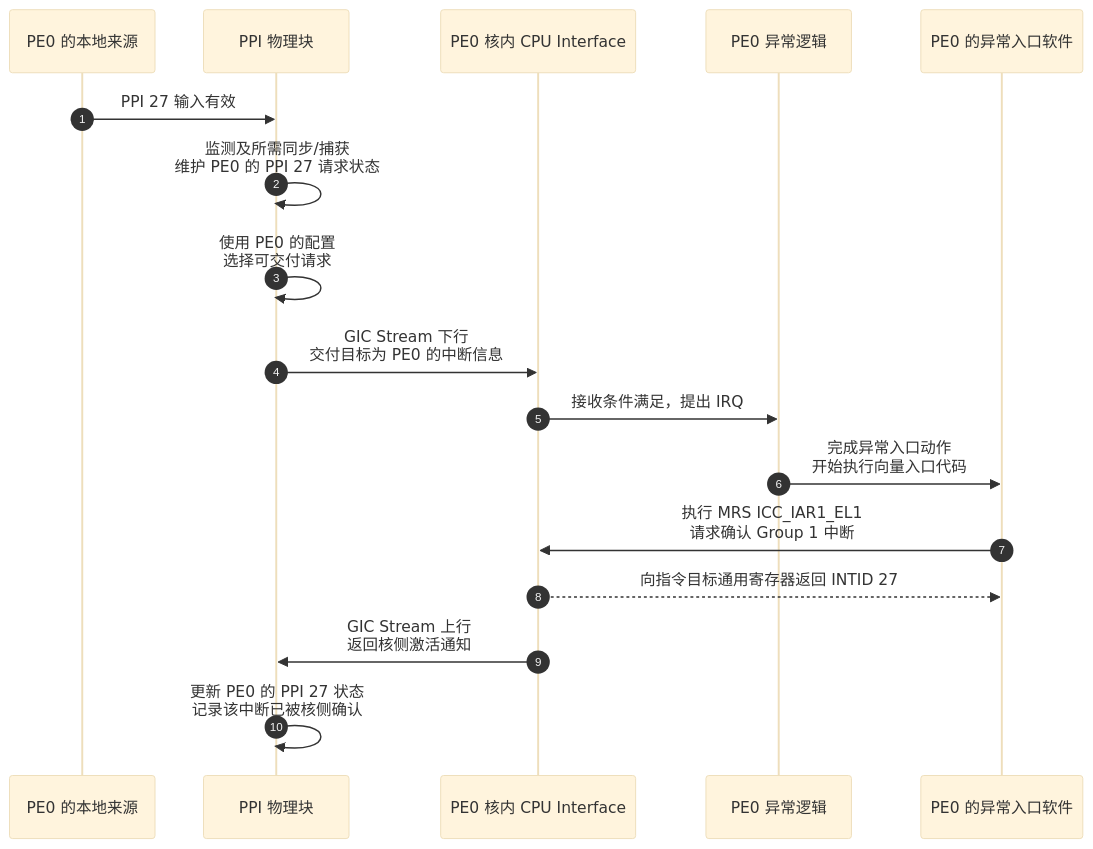
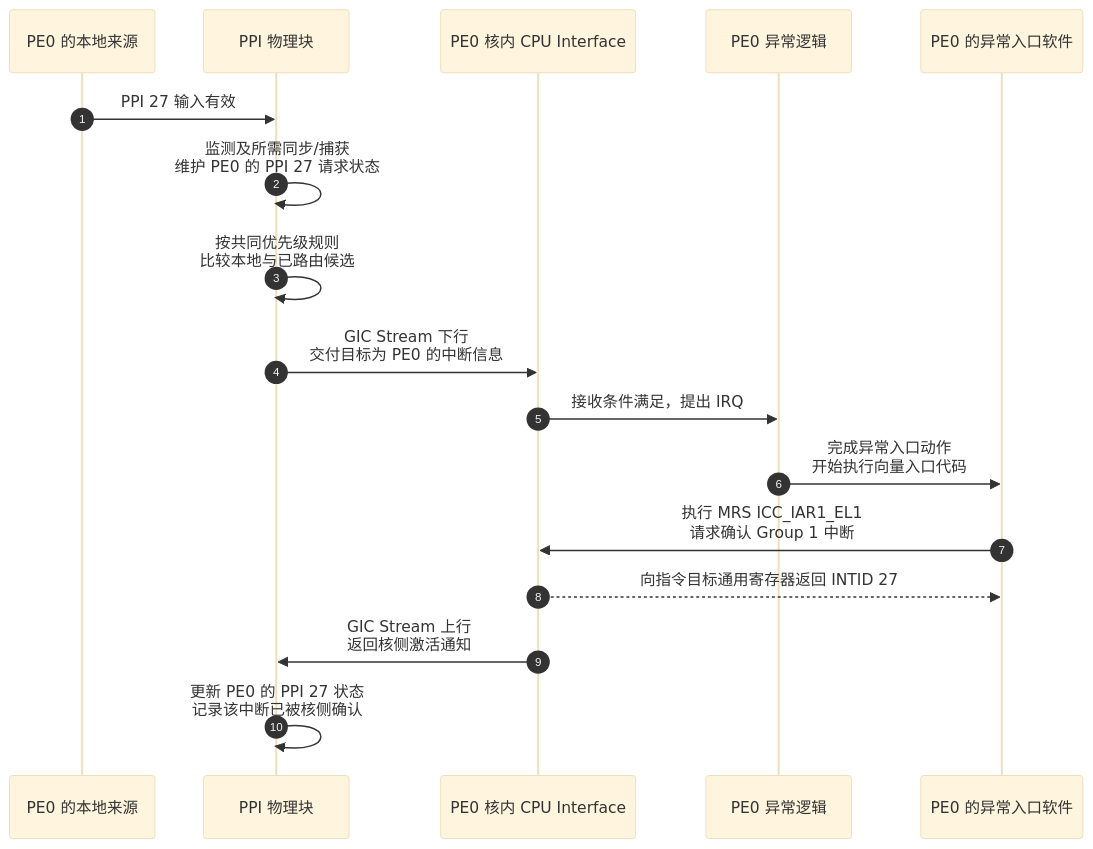
Before and after one commit to FormingSystem/linux_note: the third of 6 diagrams in platforms/arm/architecture/gic/P04_GIC600的物理实现_从逻辑映射到输入输出.md, drawn with Mermaid (base theme). The commit also changed other lines of this file and 30 other files, not shown here.

````diff
--- a/platforms/arm/architecture/gic/P04_GIC600的物理实现_从逻辑映射到输入输出.md
+++ b/platforms/arm/architecture/gic/P04_GIC600的物理实现_从逻辑映射到输入输出.md
@@ -109,19 +117,19 @@
 ```mermaid
 sequenceDiagram
     autonumber
     participant source as PE0 的本地来源
     participant ppi_block as PPI 物理块
     participant interface0 as PE0 核内 CPU Interface
     participant exception as PE0 异常逻辑
     participant execution as PE0 的异常入口软件
     source->>ppi_block: PPI 27 输入有效
     ppi_block->>ppi_block: 监测及所需同步/捕获<br/>维护 PE0 的 PPI 27 请求状态
-    ppi_block->>ppi_block: 使用 PE0 的配置<br/>选择可交付请求
+    ppi_block->>ppi_block: 按共同优先级规则<br/>比较本地与已路由候选
     ppi_block->>interface0: GIC Stream 下行<br/>交付目标为 PE0 的中断信息
     interface0->>exception: 接收条件满足，提出 IRQ
     exception->>execution: 完成异常入口动作<br/>开始执行向量入口代码
     execution->>interface0: 执行 MRS ICC_IAR1_EL1<br/>请求确认 Group 1 中断
     interface0-->>execution: 向指令目标通用寄存器返回 INTID 27
     interface0->>ppi_block: GIC Stream 上行<br/>返回核侧激活通知
     ppi_block->>ppi_block: 更新 PE0 的 PPI 27 状态<br/>记录该中断已被核侧确认
 ```
````
